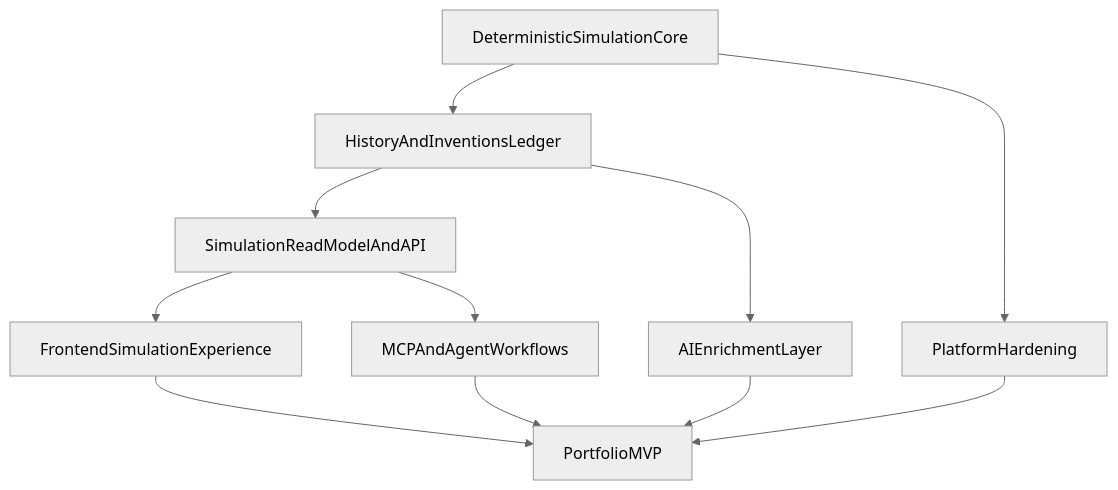
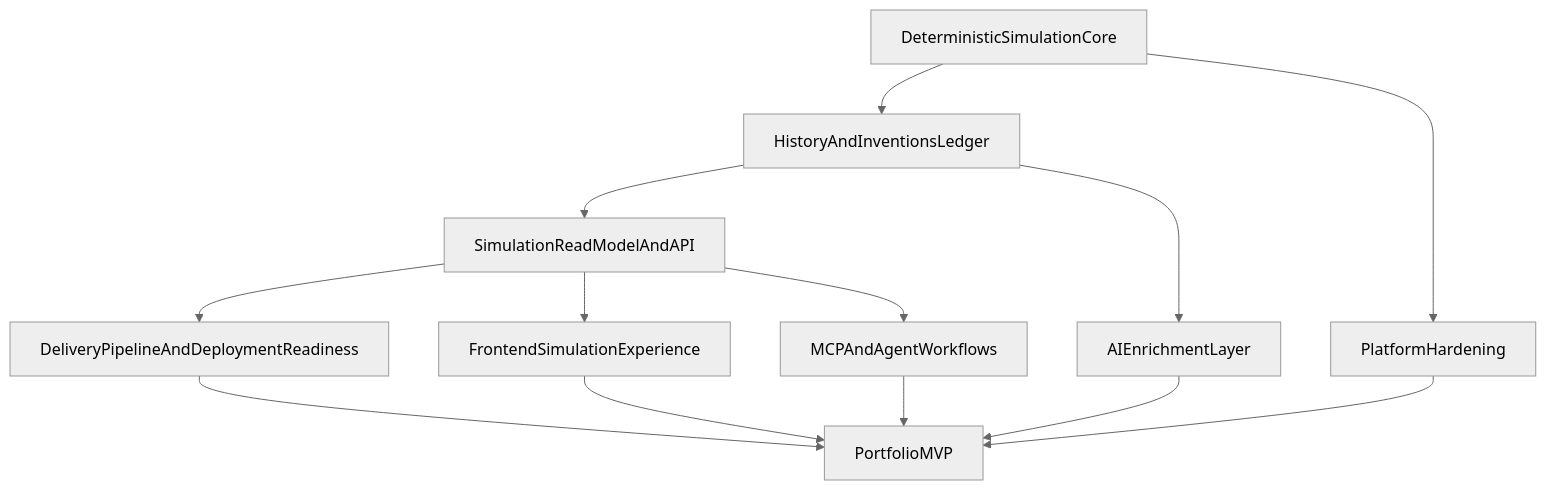
The diagram in docs/roadmap.md (catlabs/humanaity), drawn with Mermaid (neutral theme) before and after one commit. The commit also changed other lines of this file, not shown here.

First line of the commit message:
docs: E1-E8 Update roadmap with epic definitions and dependency map

````diff
--- a/docs/roadmap.md
+++ b/docs/roadmap.md
@@ -277,13 +332,15 @@
 ```mermaid
 flowchart TD
   epic1[DeterministicSimulationCore] --> epic2[HistoryAndInventionsLedger]
   epic2 --> epic3[SimulationReadModelAndAPI]
+  epic3 --> epic8[DeliveryPipelineAndDeploymentReadiness]
   epic3 --> epic4[FrontendSimulationExperience]
   epic2 --> epic5[AIEnrichmentLayer]
   epic3 --> epic7[MCPAndAgentWorkflows]
   epic1 --> epic6[PlatformHardening]
+  epic8 --> mvp[PortfolioMVP]
   epic4 --> mvp[PortfolioMVP]
   epic5 --> mvp
   epic6 --> mvp
   epic7 --> mvp
 ```
````
